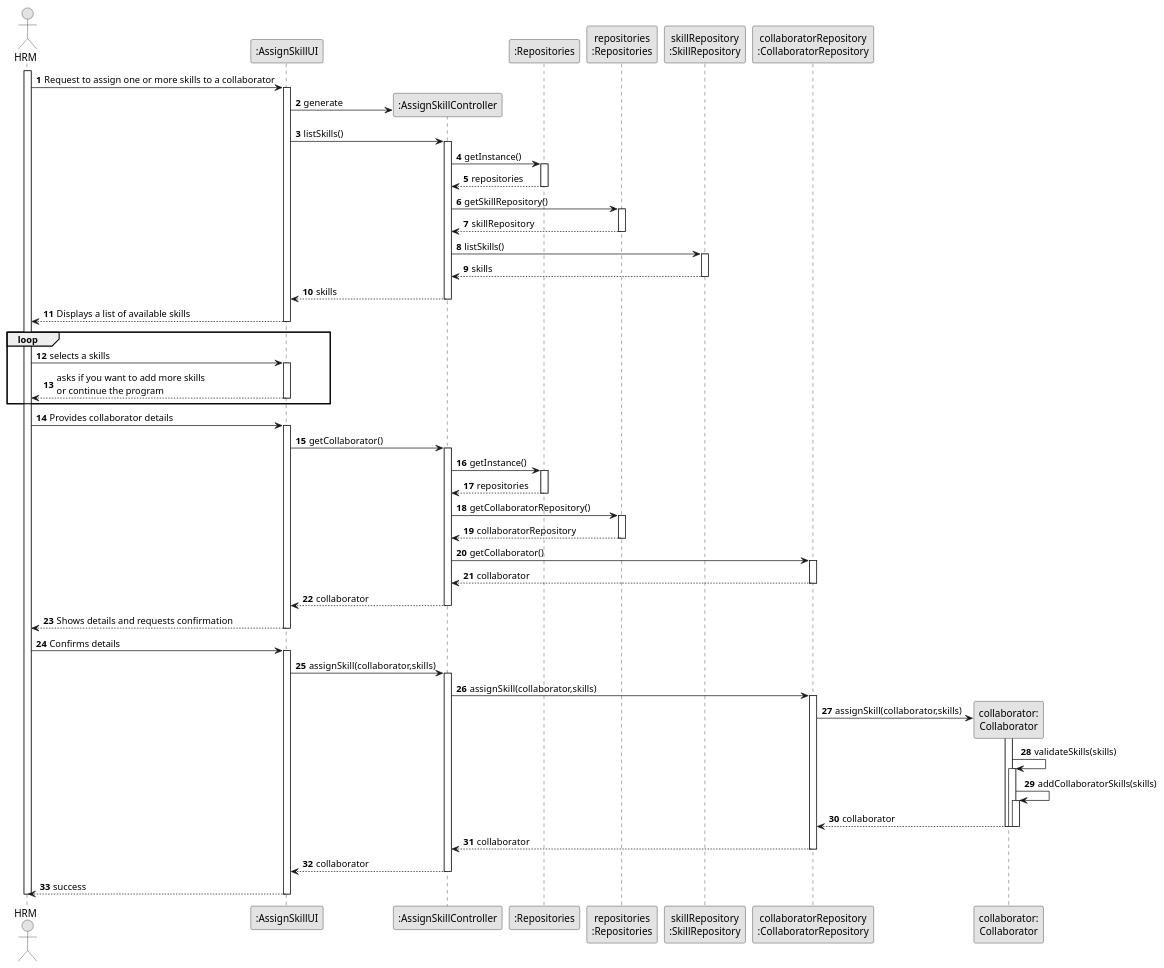
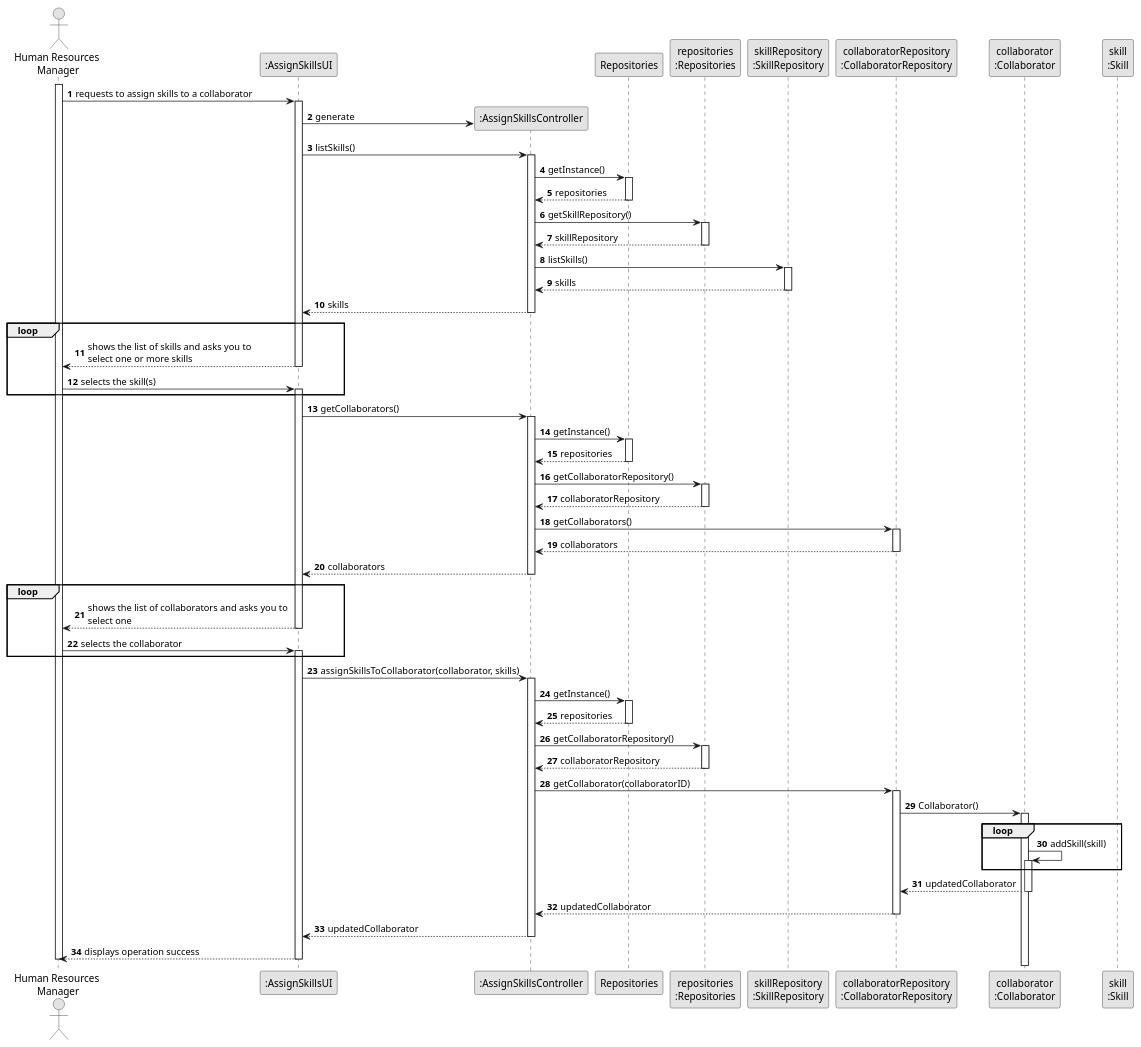
Before and after one commit to diogoveirospro/lei-24-s2-1dg-g072: the diagram in docs/sprintB/us004/03.design/puml/us004-sequence-diagram-full.puml, drawn with PlantUML.

Commit message:
US004 Changes

```diff
--- a/docs/sprintB/us004/03.design/puml/us004-sequence-diagram-full.puml
+++ b/docs/sprintB/us004/03.design/puml/us004-sequence-diagram-full.puml
@@ -1,125 +1,129 @@
-@startuml
-skinparam monochrome true
-skinparam packageStyle rectangle
-skinparam shadowing false
+@@startuml
+ skinparam monochrome true
+ skinparam packageStyle rectangle
+ skinparam shadowing false
 
-autonumber
+ autonumber
 
-actor HRM
-participant ":AssignSkillUI" as UI
-participant ":AssignSkillController" as CTRL
-participant ":Repositories" as REP
-participant "repositories\n:Repositories" as repositories
-participant "skillRepository\n:SkillRepository" as SREP
-participant "collaboratorRepository\n:CollaboratorRepository" as CREP
-participant "collaborator:\nCollaborator" as collaborator
+ actor "Human Resources\n Manager" as HRM
+ participant ":AssignSkillsUI" as UI
+ participant ":AssignSkillsController" as CTRL
+ participant Repositories
+ participant "repositories\n:Repositories" as REP
+ participant "skillRepository\n:SkillRepository" as SKILLREP
+ participant "collaboratorRepository\n:CollaboratorRepository" as COLREP
+ participant "collaborator\n:Collaborator" as COLLAB
+ participant "skill\n:Skill" as SKILL
 
-activate HRM
+ activate HRM
 
-HRM -> UI : Request to assign one or more skills to a collaborator
-activate UI
+     HRM -> UI : requests to assign skills to a collaborator
+     activate UI
 
-        UI -> CTRL** : generate
+         UI -> CTRL** : generate
 
-        UI -> CTRL: listSkills()
-activate CTRL
+         UI -> CTRL : listSkills()
+         activate CTRL
 
-                        CTRL -> REP: getInstance()
+            CTRL -> Repositories: getInstance()
+            activate Repositories
 
-                        activate REP
+                 Repositories --> CTRL: repositories
+            deactivate Repositories
 
-                                REP --> CTRL: repositories
-                        deactivate REP
+            CTRL -> REP: getSkillRepository()
+            activate REP
 
-                        CTRL -> repositories: getSkillRepository()
-                        activate repositories
+                 REP --> CTRL: skillRepository
+            deactivate REP
 
-                                repositories --> CTRL: skillRepository
-                        deactivate repositories
-                        CTRL -> SREP: listSkills()
-                        activate SREP
+             CTRL -> SKILLREP : listSkills()
+             activate SKILLREP
 
-                                SREP --> CTRL: skills
+                 SKILLREP --> CTRL : skills
+             deactivate SKILLREP
 
-                        deactivate SREP
+             CTRL --> UI : skills
+         deactivate CTRL
 
-                        CTRL --> UI: skills
-                deactivate CTRL
-UI --> HRM: Displays a list of available skills
-deactivate UI
-loop
-HRM -> UI : selects a skills
-activate UI
+     loop
+         UI --> HRM: shows the list of skills and asks you to \nselect one or more skills
+     deactivate UI
 
-        UI --> HRM: asks if you want to add more skills\nor continue the program
-deactivate UI
-end
-HRM -> UI : Provides collaborator details
-activate UI
+     HRM -> UI: selects the skill(s)
+     activate UI
 
-        UI -> CTRL: getCollaborator()
+     end
 
-        activate CTRL
+         UI -> CTRL: getCollaborators()
+         activate CTRL
 
-                CTRL -> REP: getInstance()
-                activate REP
+             CTRL -> Repositories: getInstance()
+             activate Repositories
 
-                        REP --> CTRL: repositories
-                deactivate REP
+                 Repositories --> CTRL: repositories
+             deactivate Repositories
 
-                CTRL -> repositories: getCollaboratorRepository()
+             CTRL -> REP: getCollaboratorRepository()
+             activate REP
 
-                activate repositories
+                 REP --> CTRL: collaboratorRepository
+             deactivate REP
 
-                        repositories --> CTRL: collaboratorRepository
-                deactivate repositories
+             CTRL -> COLREP: getCollaborators()
+             activate COLREP
 
-                CTRL -> CREP: getCollaborator()
+                 COLREP --> CTRL: collaborators
+             deactivate COLREP
 
-                activate CREP
+             CTRL --> UI: collaborators
+         deactivate CTRL
 
-                        CREP --> CTRL: collaborator
-                deactivate CREP
+     loop
+         UI --> HRM: shows the list of collaborators and asks you to \nselect one
+     deactivate UI
 
-                CTRL --> UI: collaborator
-        deactivate CTRL
+     HRM -> UI: selects the collaborator
+     activate UI
 
-UI --> HRM : Shows details and requests confirmation
-deactivate UI
+     end
 
-HRM -> UI : Confirms details
-activate UI
+         UI -> CTRL: assignSkillsToCollaborator(collaborator, skills)
+         activate CTRL
 
-        UI -> CTRL: assignSkill(collaborator,skills)
-        activate CTRL
+             CTRL -> Repositories: getInstance()
+             activate Repositories
 
-                CTRL -> CREP: assignSkill(collaborator,skills)
-                activate CREP
+                 Repositories --> CTRL: repositories
+             deactivate Repositories
 
-                        CREP -> collaborator** : assignSkill(collaborator,skills)
-                        activate collaborator
-                                collaborator -> collaborator: validateSkills(skills)
-                                activate collaborator
+             CTRL -> REP: getCollaboratorRepository()
+             activate REP
 
-                                        collaborator -> collaborator: addCollaboratorSkills(skills)
+                 REP --> CTRL: collaboratorRepository
+             deactivate REP
 
-                                        activate collaborator
+             CTRL -> COLREP: getCollaborator(collaboratorID)
+             activate COLREP
 
-                                                collaborator --> CREP: collaborator
-                                        deactivate collaborator
+                 COLREP -> COLLAB: Collaborator()
+                 activate COLLAB
+                 loop
+                     COLLAB -> COLLAB: addSkill(skill)
+                     activate COLLAB
+                 end
+                 COLLAB --> COLREP: updatedCollaborator
+                 deactivate COLLAB
 
-                            deactivate collaborator
+                 COLREP --> CTRL: updatedCollaborator
+             deactivate COLREP
 
-                        deactivate collaborator
-                        CREP --> CTRL: collaborator
-                deactivate CREP
-                CTRL --> UI: collaborator
-        deactivate CTRL
-        UI --> HRM: success
+             CTRL --> UI: updatedCollaborator
+         deactivate CTRL
 
-deactivate UI
+         UI --> HRM: displays operation success
+     deactivate UI
 
+ deactivate HRM
 
-deactivate HRM
-
-@enduml
+ @enduml
```
